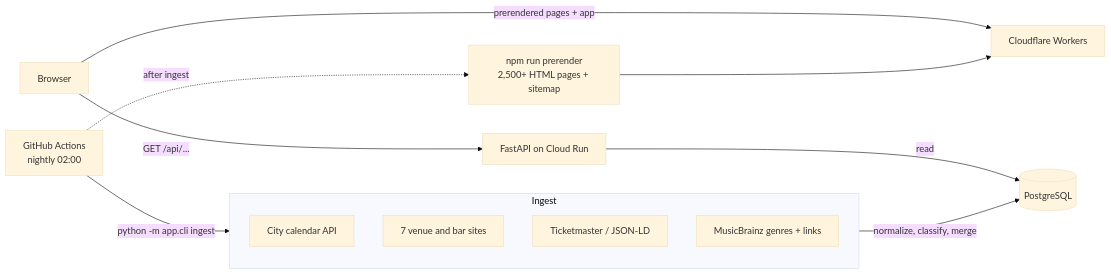
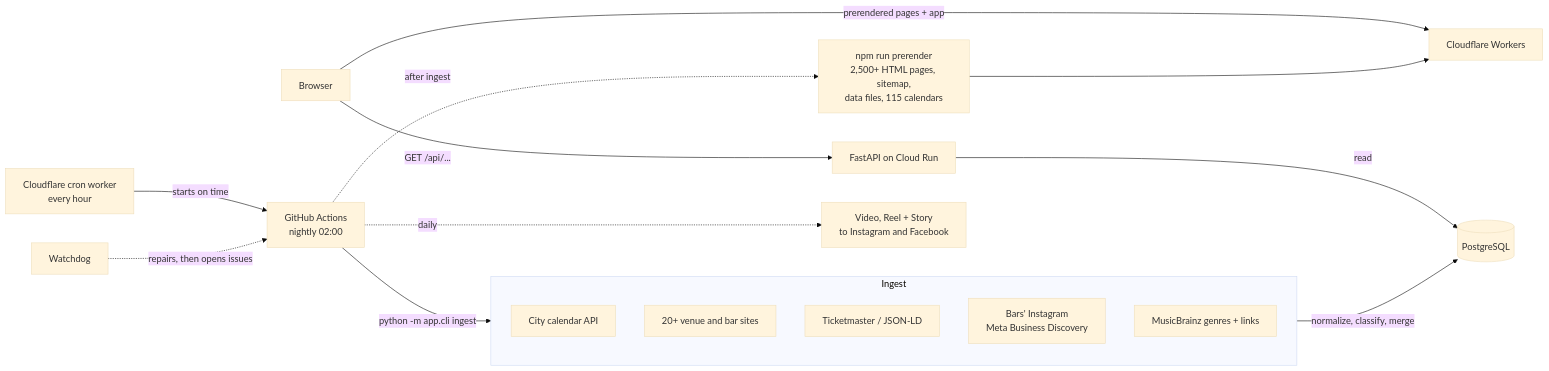
Before and after one commit to EliasNiskanen/Gigtown-portfolio: the diagram in README.md, drawn with Mermaid (base theme). The commit also changed other lines of this file, not shown here.

Commit message:
README: calendars, Instagram and new venues, watchdog and clock, social posts, security, tests

````diff
--- a/README.md
+++ b/README.md
@@ -165,17 +195,21 @@
 ```mermaid
 flowchart LR
     U[Browser] -->|prerendered pages + app| WEB[Cloudflare Workers]
     U -->|GET /api/...| API[FastAPI on Cloud Run]
     API -->|read| DB[(PostgreSQL)]
 
+    CLK[Cloudflare cron worker<br/>every hour] -->|starts on time| CRON
     CRON[GitHub Actions<br/>nightly 02:00] -->|python -m app.cli ingest| BOTS
     subgraph BOTS[Ingest]
         S1[City calendar API]
-        S2[7 venue and bar sites]
+        S2[20+ venue and bar sites]
         S3[Ticketmaster / JSON-LD]
+        S4[Bars' Instagram<br/>Meta Business Discovery]
         MB[MusicBrainz genres + links]
     end
     BOTS -->|normalize, classify, merge| DB
-    CRON -.->|after ingest| PRE[npm run prerender<br/>2,500+ HTML pages + sitemap]
+    CRON -.->|after ingest| PRE[npm run prerender<br/>2,500+ HTML pages, sitemap,<br/>data files, 115 calendars]
     PRE --> WEB
+    CRON -.->|daily| SOC[Video, Reel + Story<br/>to Instagram and Facebook]
+    WD[Watchdog] -.->|repairs, then opens issues| CRON
 ```
````
